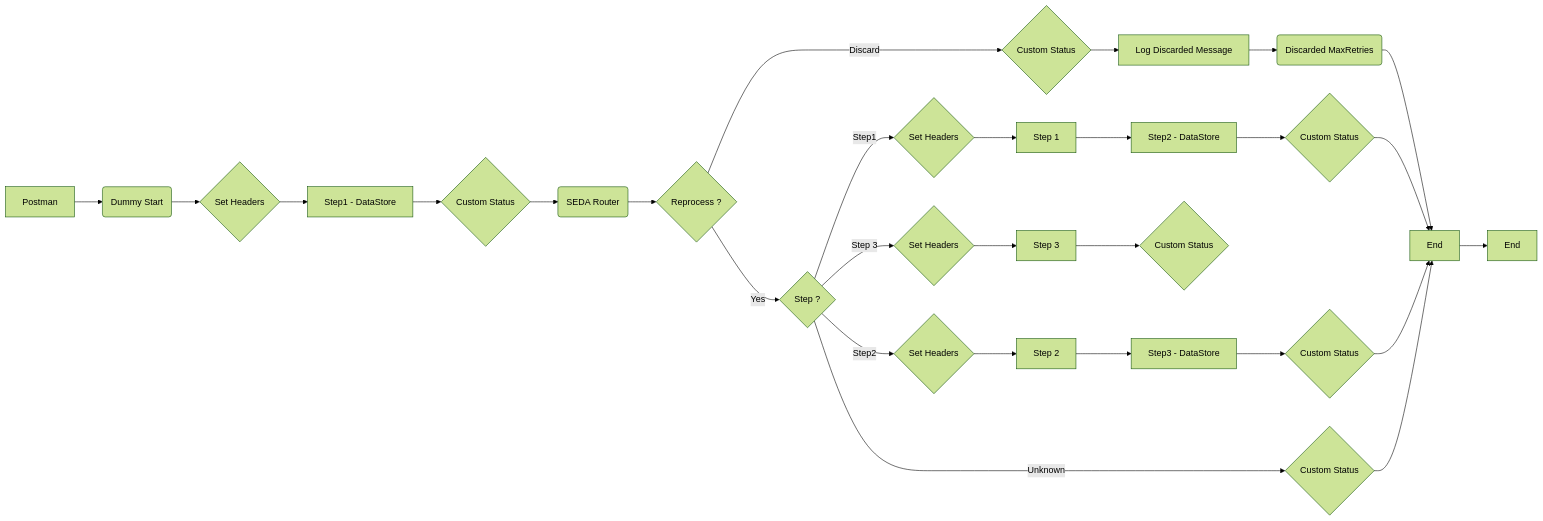
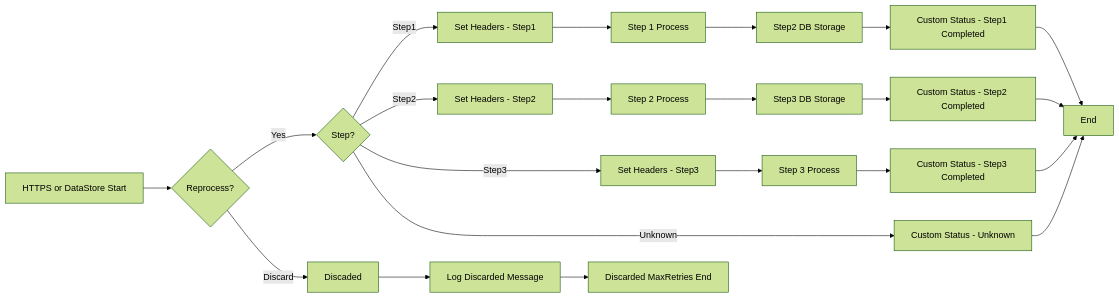
The diagram in MMZ - Templates/SEDA_Model_-_Single_DS_-_Restart_and_Discard-1.0.0/readme.md (Avvale-IA-CICD/AvvaleCPI), drawn with Mermaid (forest theme) before and after one commit. The commit also changed other lines of this file, not shown here.

Commit message:
Add/update documentation for SEDA_Model_-_Single_DS_-_Restart_and_Discard v1.0.0

````diff
--- a/MMZ - Templates/SEDA_Model_-_Single_DS_-_Restart_and_Discard-1.0.0/readme.md
+++ b/MMZ - Templates/SEDA_Model_-_Single_DS_-_Restart_and_Discard-1.0.0/readme.md
@@ -4,30 +4,24 @@
 ```mermaid
 graph LR
-    A[Postman] --> B(Dummy Start)
-    B --> C{Set Headers}
-    C --> D[Step1 - DataStore]
-    D --> E{Custom Status}
-    E --> F(SEDA Router)
-    F --> G{Reprocess ?}
-    G -- Yes --> H{Step ?}
-    H -- Step1 --> I{Set Headers}
-    H -- Step2 --> J{Set Headers}
-    H -- Step 3 --> K{Set Headers}
-    H -- Unknown --> L{Custom Status}
-    I --> M[Step 1]
-    J --> N[Step 2]
-    K --> O[Step 3]
-    M --> P[Step2 - DataStore]
-    N --> Q[Step3 - DataStore]
-    O --> R{Custom Status}
-    P --> S{Custom Status}
-    Q --> T{Custom Status}
-    G -- Discard --> U{Custom Status}
-    U --> V[Log Discarded Message]
-    V --> W(Discarded MaxRetries)
-    W --> X[End]
-    S --> X
-    T --> X
-    L --> X
-    X --> Y[End]
+    A[HTTPS or DataStore Start] --> B{Reprocess?}
+    B -- Yes --> C{Step?}
+    B -- Discard --> D[Discaded]
+    C -- Step1 --> E[Set Headers - Step1]
+    C -- Step2 --> F[Set Headers - Step2]
+    C -- Step3 --> G[Set Headers - Step3]
+    C -- Unknown --> H[Custom Status - Unknown]
+    E --> I[Step 1 Process]
+    F --> J[Step 2 Process]
+    G --> K[Step 3 Process]
+    I --> L[Step2 DB Storage]
+    J --> M[Step3 DB Storage]
+    K --> N[Custom Status - Step3 Completed]
+    L --> O[Custom Status - Step1 Completed]
+    M --> P[Custom Status - Step2 Completed]
+    D --> Q[Log Discarded Message]
+    O --> R[End]
+    P --> R[End]
+    N --> R[End]
+    Q --> S[Discarded MaxRetries End]
+    H --> R[End]
 ```
````
